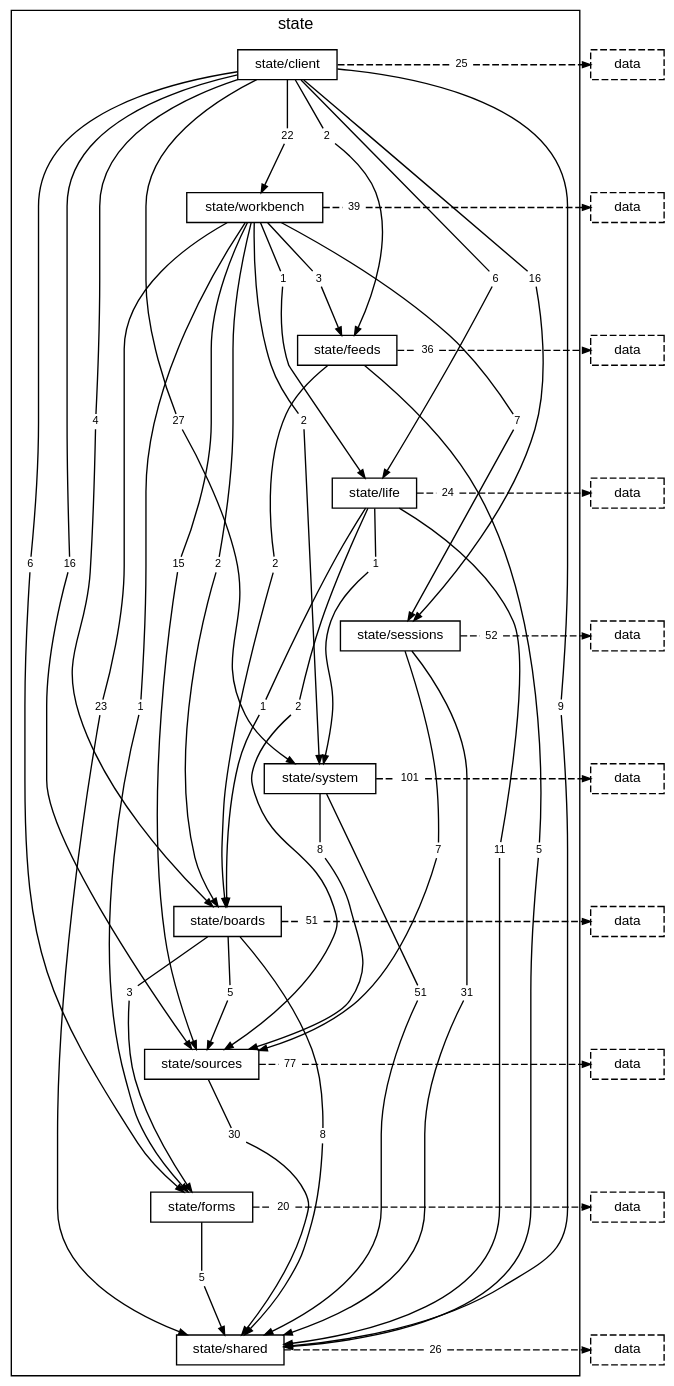
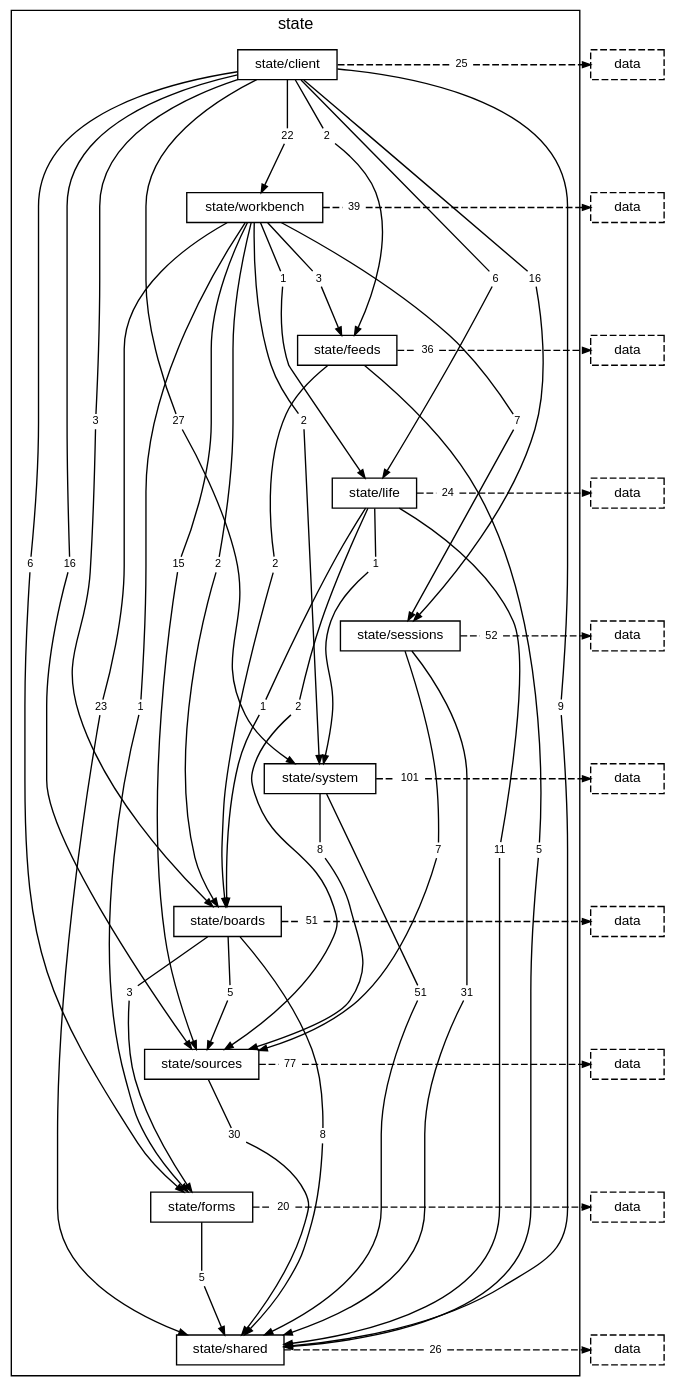
Before and after one commit to TheAxeC/oculus: the diagram in docs/diagrams/layer-state.dot, drawn with Graphviz. The commit also changed 104 other files, not shown here.

```diff
--- a/docs/diagrams/layer-state.dot
+++ b/docs/diagrams/layer-state.dot
@@ -14,7 +14,7 @@
         "folder state/sources" [label="state/sources"];
         "folder state/forms" [label="state/forms"];
         "folder state/shared" [label="state/shared"];
-        "folder state/client to folder state/boards" [label="4", shape=box, color="transparent", fontsize=8, width=0, height=0, margin="0.04,0.02"];
+        "folder state/client to folder state/boards" [label="3", shape=box, color="transparent", fontsize=8, width=0, height=0, margin="0.04,0.02"];
         "folder state/client to folder state/feeds" [label="2", shape=box, color="transparent", fontsize=8, width=0, height=0, margin="0.04,0.02"];
         "folder state/client to folder state/forms" [label="6", shape=box, color="transparent", fontsize=8, width=0, height=0, margin="0.04,0.02"];
         "folder state/client to folder state/life" [label="6", shape=box, color="transparent", fontsize=8, width=0, height=0, margin="0.04,0.02"];
```
